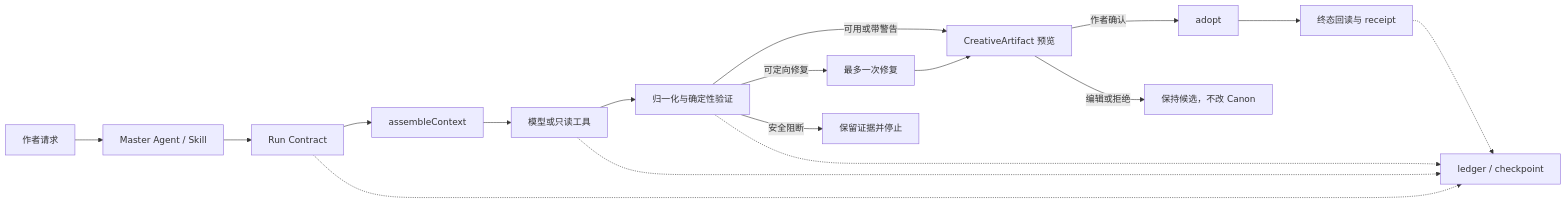
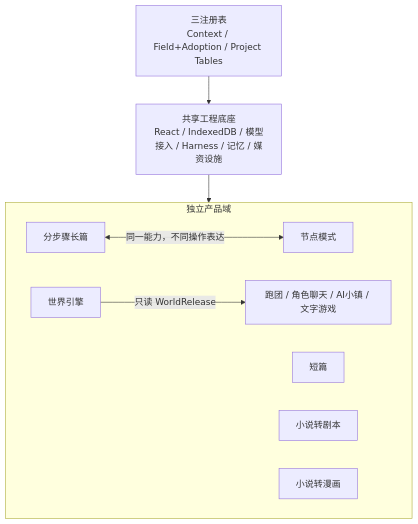
Before and after one commit to EstusFlask/storyforge: the first of 2 diagrams in docs/ARCHITECTURE.md, drawn with Mermaid. The commit also changed other lines of this file and 400 other files, not shown here.

First line of the commit message:
docs(authority): rebuild StoryForge project canon

````diff
--- a/docs/ARCHITECTURE.md
+++ b/docs/ARCHITECTURE.md
@@ -128,19 +21,18 @@
 ```mermaid
-flowchart LR
-  U["作者请求"] --> A["Master Agent / Skill"]
-  A --> C["Run Contract"]
-  C --> R["assembleContext"]
-  R --> M["模型或只读工具"]
-  M --> N["归一化与确定性验证"]
-  N -->|可用或带警告| P["CreativeArtifact 预览"]
-  N -->|可定向修复| X["最多一次修复"]
-  X --> P
-  N -->|安全阻断| B["保留证据并停止"]
-  P -->|作者确认| D["adopt"]
-  P -->|编辑或拒绝| E["保持候选，不改 Canon"]
-  D --> F["终态回读与 receipt"]
-  C -.-> L["ledger / checkpoint"]
-  M -.-> L
-  N -.-> L
-  F -.-> L
+flowchart TB
+  subgraph P["独立产品域"]
+    L["分步骤长篇"]
+    N["节点模式"]
+    S["短篇"]
+    A["小说转剧本"]
+    C["小说转漫画"]
+    W["世界引擎"]
+    U["跑团 / 角色聊天 / AI小镇 / 文字游戏"]
+  end
+  B["共享工程底座\nReact / IndexedDB / 模型接入 / Harness / 记忆 / 媒资设施"]
+  R["三注册表\nContext / Field+Adoption / Project Tables"]
+  L <-->|"同一能力，不同操作表达"| N
+  W -->|"只读 WorldRelease"| U
+  B --> P
+  R --> B
 ```
````
